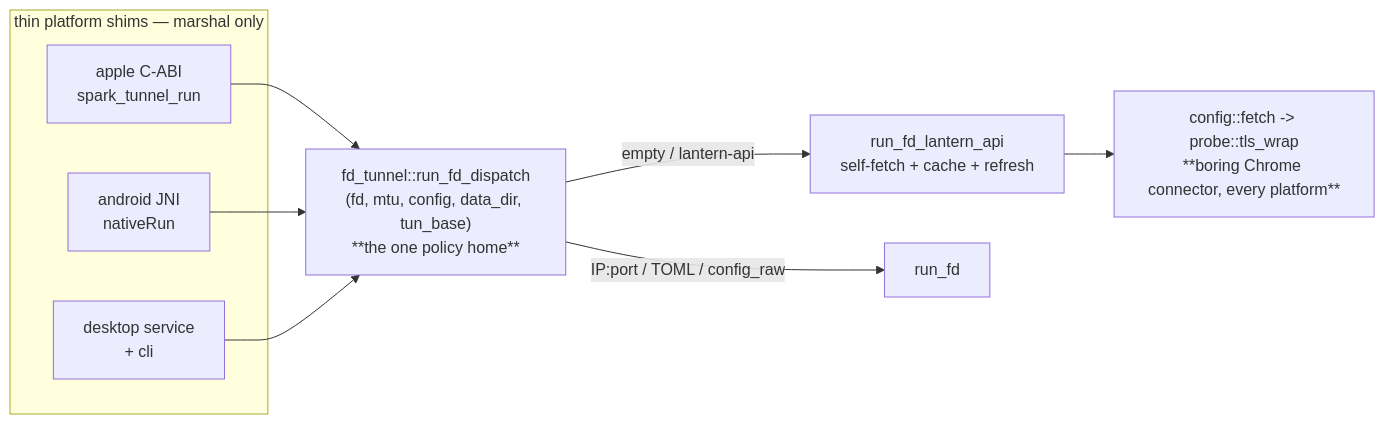
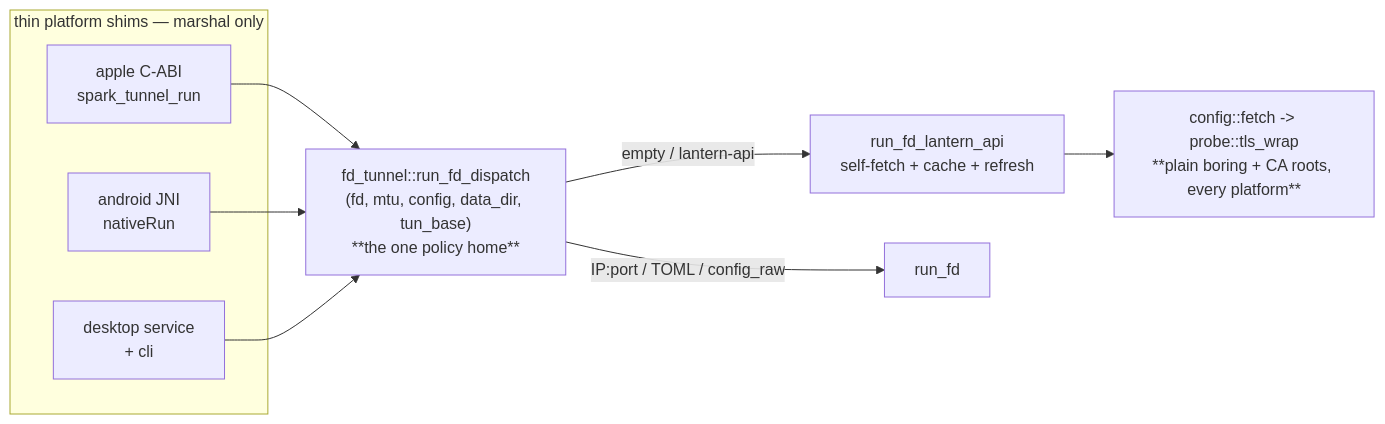
The diagram in docs/config-fetch-cross-platform-design.md (getlantern/spark), drawn with Mermaid before and after one commit. The commit also changed other lines of this file and 2 other files, not shown here.

First line of the commit message:
review: correct "Chrome JA4" overstatement — v1 fetch is plain boring (cycle 2)

````diff
--- a/docs/config-fetch-cross-platform-design.md
+++ b/docs/config-fetch-cross-platform-design.md
@@ -67,15 +71,15 @@
 ```mermaid
 flowchart LR
     subgraph shims [thin platform shims — marshal only]
       A[apple C-ABI<br/>spark_tunnel_run]
       N[android JNI<br/>nativeRun]
       D[desktop service<br/>+ cli]
     end
     A --> DISP
     N --> DISP
     D --> DISP
     DISP["fd_tunnel::run_fd_dispatch<br/>(fd, mtu, config, data_dir, tun_base)<br/>**the one policy home**"]
     DISP -->|empty / lantern-api| FETCH[run_fd_lantern_api<br/>self-fetch + cache + refresh]
     DISP -->|IP:port / TOML / config_raw| RUN[run_fd]
-    FETCH --> TLS[config::fetch -> probe::tls_wrap<br/>**boring Chrome connector, every platform**]
+    FETCH --> TLS[config::fetch -> probe::tls_wrap<br/>**plain boring + CA roots, every platform**]
 ```
````
